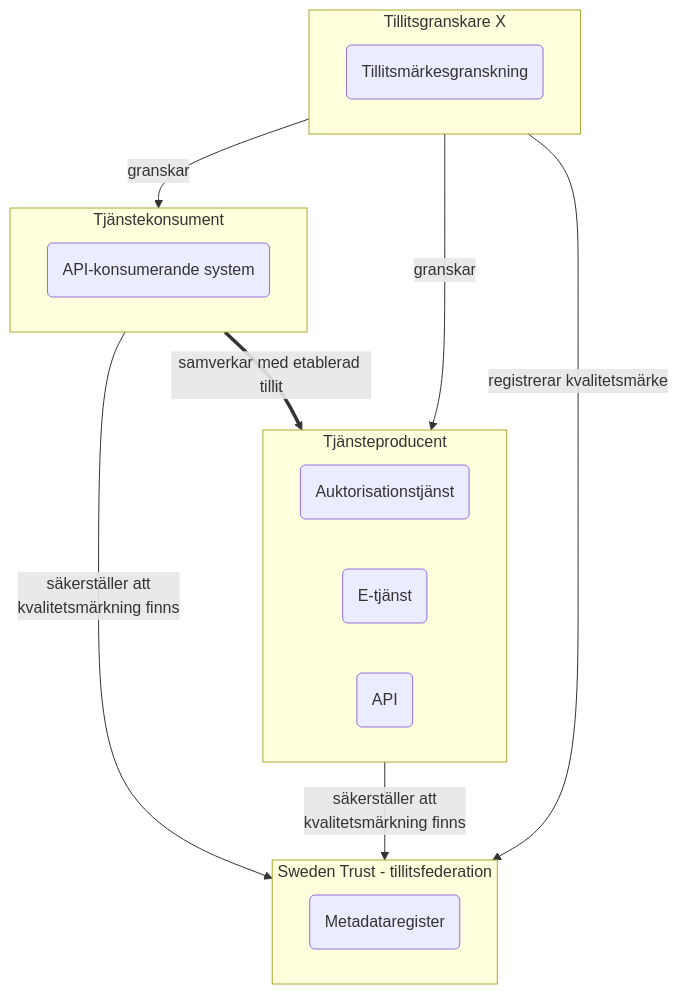
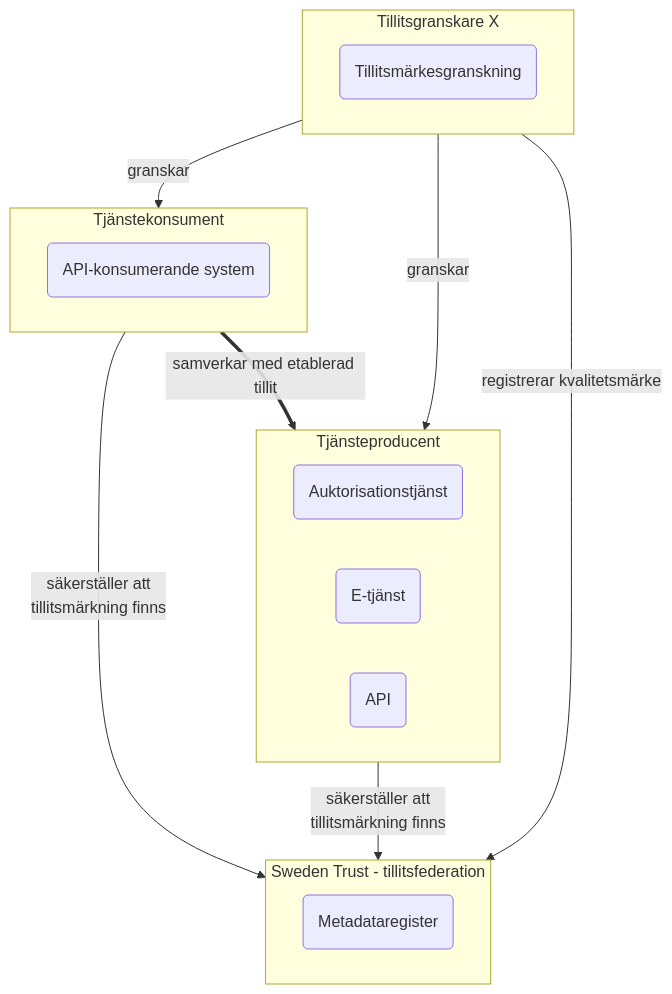
One commit to diggsweden/ena-authorization changed the second of 5 diagrams in IAM_TargetArchitecture_Sweden.md. Above: the diagram before and after it, drawn with Mermaid. The commit also changed other lines of this file, not shown here.

````diff
--- a/IAM_TargetArchitecture_Sweden.md
+++ b/IAM_TargetArchitecture_Sweden.md
@@ -71,26 +60,26 @@
 ```mermaid
 flowchart TD
 
 subgraph AO[Tjänstekonsument]
     A(API-konsumerande system)
 end
 
 subgraph BO[Tjänsteproducent]
     B-AS(Auktorisationstjänst)
     BW(E-tjänst)
     B(API)
 end
 
 subgraph TO[Sweden Trust - tillitsfederation]
     T(Metadataregister)
 end
 
 subgraph TM[Tillitsgranskare X]
     Q(Tillitsmärkesgranskning)
 end
 
 TM--granskar-->AO & BO
 TM--registrerar kvalitetsmärke-->TO
-AO & BO --säkerställer att \nkvalitetsmärkning finns-->TO
+AO & BO --säkerställer att \ntillitsmärkning finns-->TO
 AO==samverkar med etablerad tillit==>BO
 ```
````
